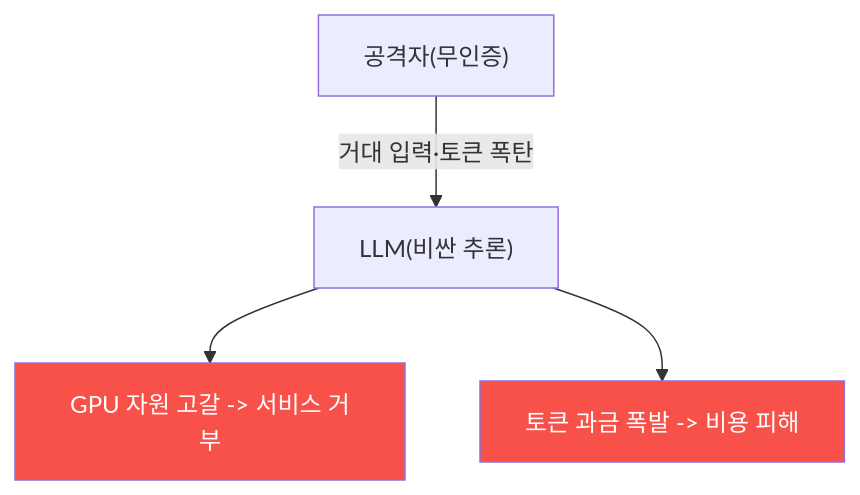
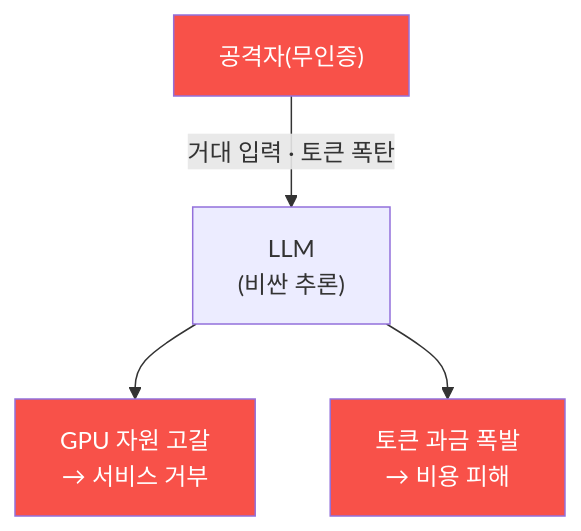
The diagram in contents/training/ai-service-pentest/lecture_week11.md (mrgrit/tw2), drawn with Mermaid before and after one commit. The commit also changed other lines of this file, not shown here.

First line of the commit message:
docs(ai-service-pentest): W11 강의 교재 보강 — 모델 DoS(LLM04)

````diff
--- a/contents/training/ai-service-pentest/lecture_week11.md
+++ b/contents/training/ai-service-pentest/lecture_week11.md
@@ -55,8 +57,9 @@
 ```mermaid
 graph TD
-    A["공격자(무인증)"] -->|거대 입력·토큰 폭탄| L["LLM(비싼 추론)"]
-    L --> R1["GPU 자원 고갈 -> 서비스 거부"]
-    L --> R2["토큰 과금 폭발 -> 비용 피해"]
+    A["공격자(무인증)"] -->|"거대 입력 · 토큰 폭탄"| L["LLM<br/>(비싼 추론)"]
+    L --> R1["GPU 자원 고갈<br/>→ 서비스 거부"]
+    L --> R2["토큰 과금 폭발<br/>→ 비용 피해"]
+    style A fill:#f85149,color:#fff
     style R1 fill:#f85149,color:#fff
     style R2 fill:#f85149,color:#fff
 ```
````
